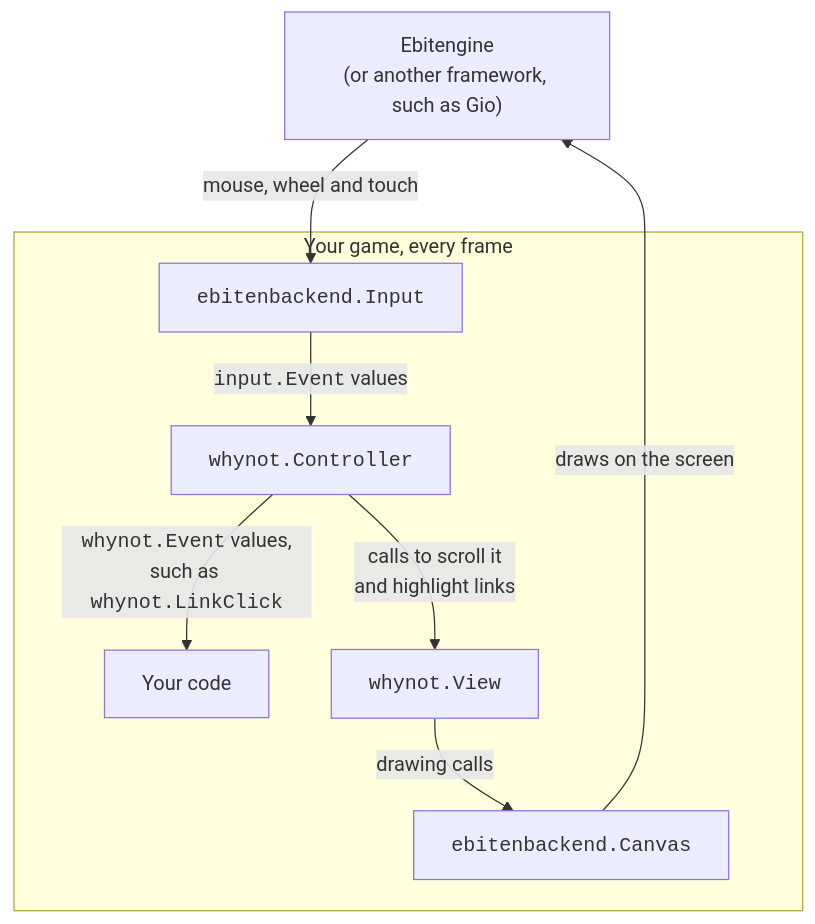
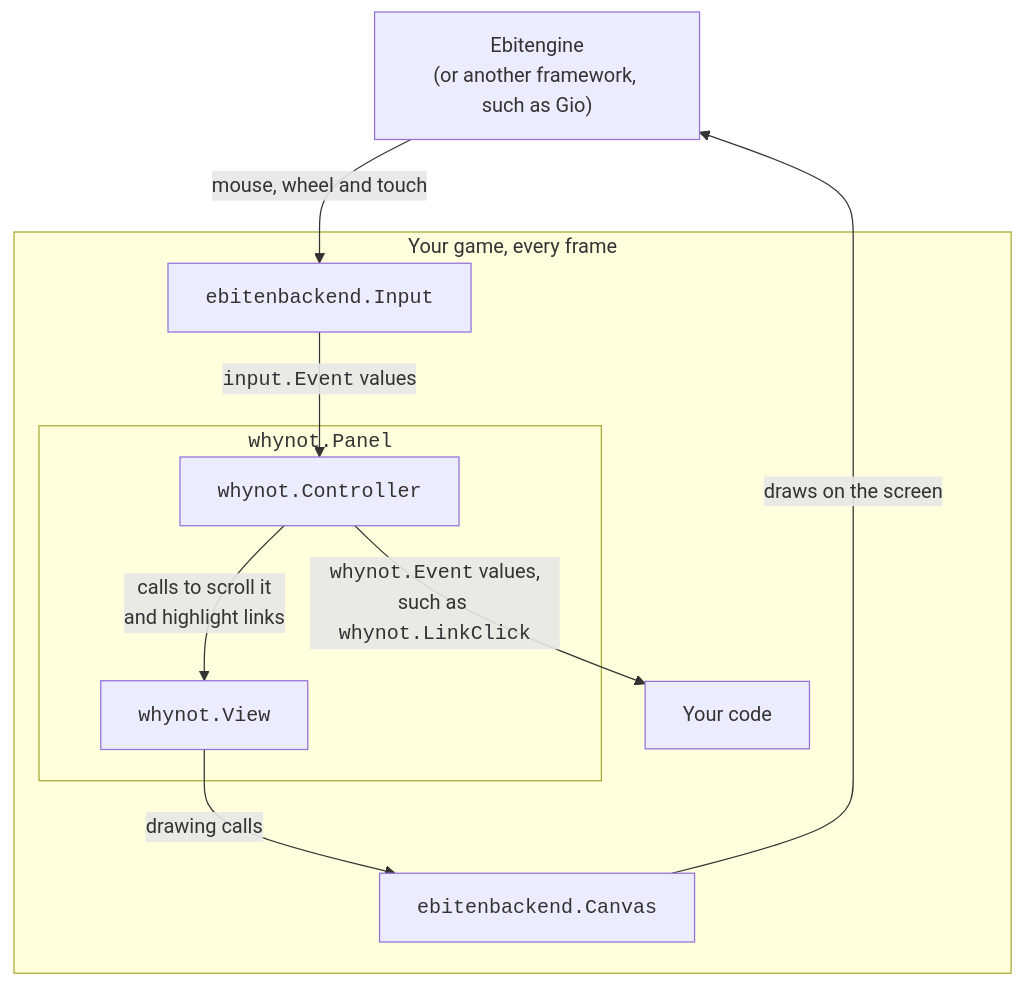
One commit to arnodel/whynot changed the second of 2 diagrams in README.md. Above: the diagram before and after it, drawn with Mermaid. The commit also changed other lines of this file, not shown here.

Commit message:
docs: show the Panel around the Controller and View in the frame diagram

````diff
--- a/README.md
+++ b/README.md
@@ -293,17 +293,19 @@
 ```mermaid
 flowchart TB
     fw["Ebitengine<br/>(or another framework, such as Gio)"]
     subgraph program["Your game, every frame"]
         input["<code>ebitenbackend.Input</code>"]
-        ctrl["<code>whynot.Controller</code>"]
+        subgraph panel["<code>whynot.Panel</code>"]
+            ctrl["<code>whynot.Controller</code>"]
+            view["<code>whynot.View</code>"]
+        end
         yours["Your code"]
-        view["<code>whynot.View</code>"]
         canvas["<code>ebitenbackend.Canvas</code>"]
     end
     fw -- "mouse, wheel and touch" --> input
     input -- "<code>input.Event</code> values" --> ctrl
     ctrl -- "<code>whynot.Event</code> values,<br/>such as <code>whynot.LinkClick</code>" --> yours
     ctrl -- "calls to scroll it<br/>and highlight links" --> view
     view -- "drawing calls" --> canvas
     canvas -- "draws on the screen" --> fw
 ```
````
